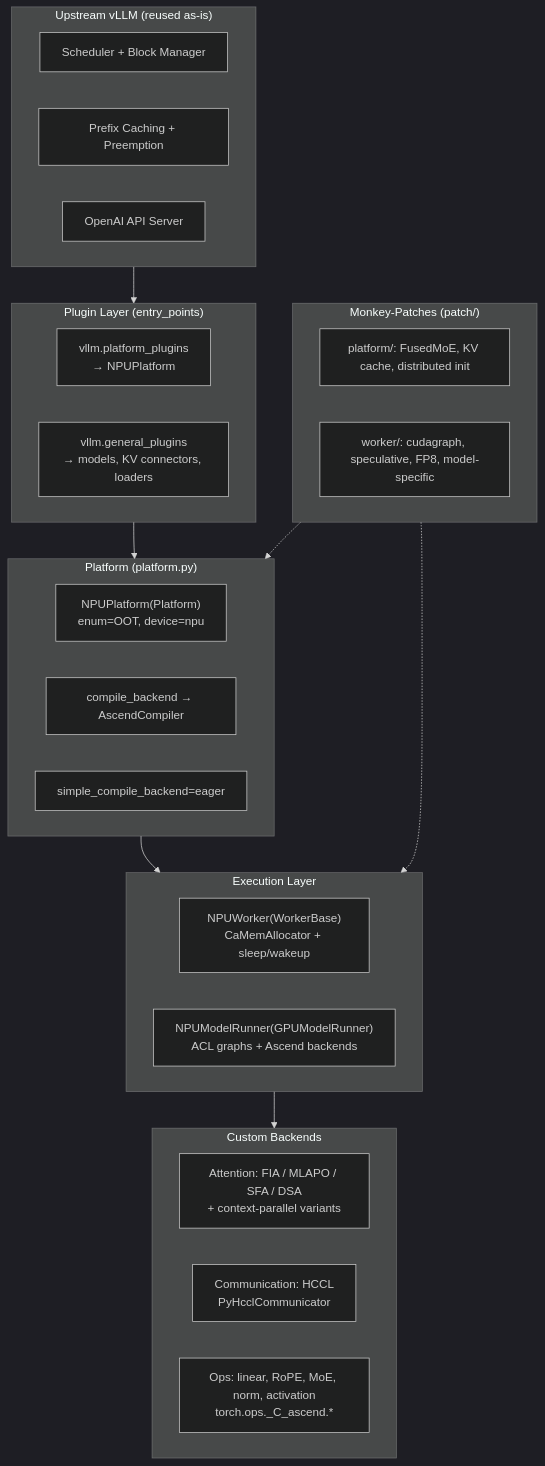
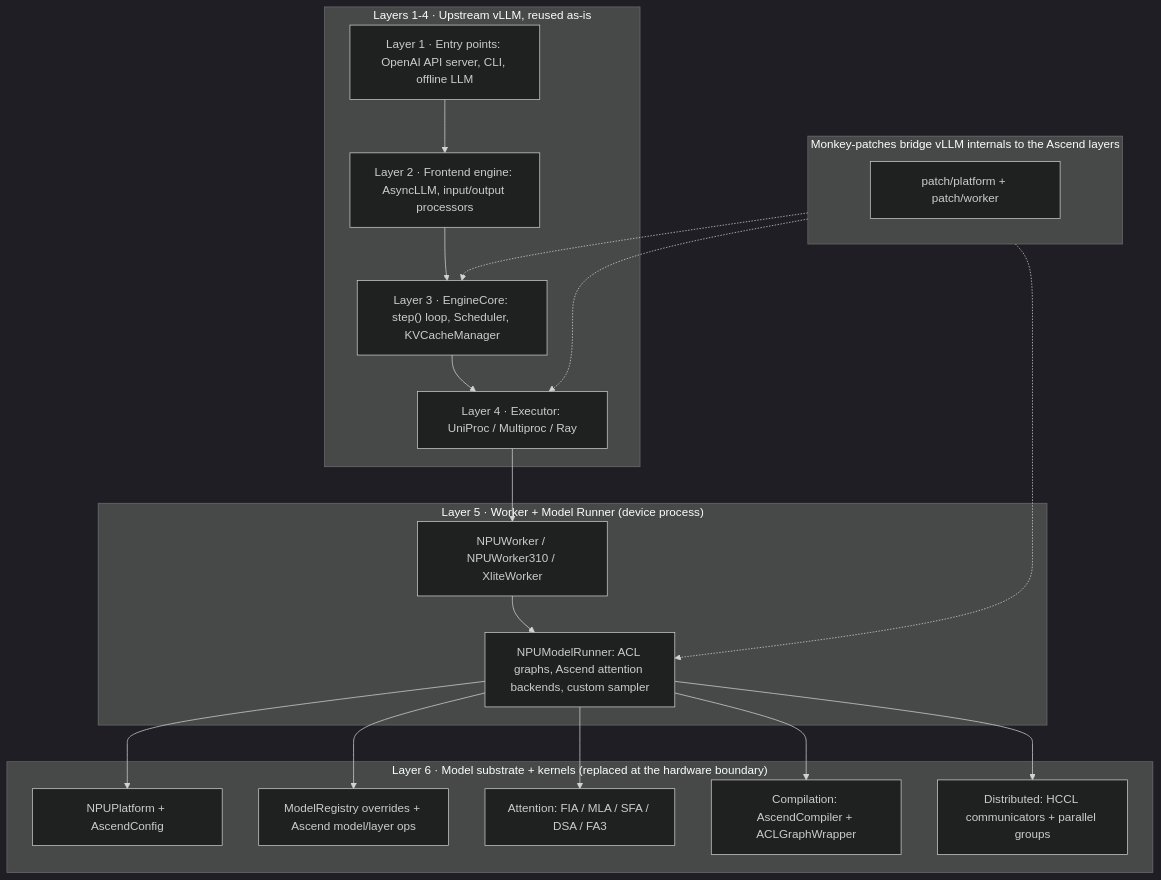
Before and after one commit to zhongzhouTan-coder/zhongzhouTan-coder.github.io: the diagram in docs/frameworks/vllm-ascend/assets/vllm-ascend-architecture.mmd, drawn with Mermaid (dark theme). The commit also changed 14 other files, not shown here.

Commit message:
[docs] add the vllm and vllm-ascend overview

```diff
--- a/docs/frameworks/vllm-ascend/assets/vllm-ascend-architecture.mmd
+++ b/docs/frameworks/vllm-ascend/assets/vllm-ascend-architecture.mmd
@@ -1,34 +1,34 @@
-flowchart TD
-    subgraph PLUGIN["Plugin Layer (entry_points)"]
-        A["vllm.platform_plugins<br/>→ NPUPlatform"]
-        B["vllm.general_plugins<br/>→ models, KV connectors, loaders"]
+flowchart TB
+    subgraph REUSE["Layers 1-4 · Upstream vLLM, reused as-is"]
+        A["Layer 1 · Entry points: OpenAI API server, CLI, offline LLM"]
+        B["Layer 2 · Frontend engine: AsyncLLM, input/output processors"]
+        C["Layer 3 · EngineCore: step() loop, Scheduler, KVCacheManager"]
+        D["Layer 4 · Executor: UniProc / Multiproc / Ray"]
     end
-    subgraph PLATFORM["Platform (platform.py)"]
-        C["NPUPlatform(Platform)<br/>enum=OOT, device=npu"]
-        D["compile_backend → AscendCompiler"]
-        E["simple_compile_backend=eager"]
+
+    subgraph REPLACE["Layer 5 · Worker + Model Runner (device process)"]
+        E["NPUWorker / NPUWorker310 / XliteWorker"]
+        F["NPUModelRunner: ACL graphs, Ascend attention backends, custom sampler"]
     end
-    subgraph EXEC["Execution Layer"]
-        F["NPUWorker(WorkerBase)<br/>CaMemAllocator + sleep/wakeup"]
-        G["NPUModelRunner(GPUModelRunner)<br/>ACL graphs + Ascend backends"]
+
+    subgraph SUBSTRATE["Layer 6 · Model substrate + kernels (replaced at the hardware boundary)"]
+        G["NPUPlatform + AscendConfig"]
+        H["ModelRegistry overrides + Ascend model/layer ops"]
+        I["Attention: FIA / MLA / SFA / DSA / FA3"]
+        J["Compilation: AscendCompiler + ACLGraphWrapper"]
+        K["Distributed: HCCL communicators + parallel groups"]
     end
-    subgraph BACKEND["Custom Backends"]
-        H["Attention: FIA / MLAPO / SFA / DSA<br/>+ context-parallel variants"]
-        I["Communication: HCCL<br/>PyHcclCommunicator"]
-        J["Ops: linear, RoPE, MoE, norm, activation<br/>torch.ops._C_ascend.*"]
+
+    subgraph PATCH["Monkey-patches bridge vLLM internals to the Ascend layers"]
+        L["patch/platform + patch/worker"]
     end
-    subgraph PATCH["Monkey-Patches (patch/)"]
-        K["platform/: FusedMoE, KV cache, distributed init"]
-        L["worker/: cudagraph, speculative, FP8, model-specific"]
-    end
-    subgraph UPSTREAM["Upstream vLLM (reused as-is)"]
-        M["Scheduler + Block Manager"]
-        N["Prefix Caching + Preemption"]
-        O["OpenAI API Server"]
-    end
-    UPSTREAM --> PLUGIN
-    PLUGIN --> PLATFORM
-    PLATFORM --> EXEC
-    EXEC --> BACKEND
-    PATCH -.-> EXEC
-    PATCH -.-> PLATFORM
+
+    A --> B --> C --> D --> E --> F
+    F --> G
+    F --> H
+    F --> I
+    F --> J
+    F --> K
+    PATCH -.-> C
+    PATCH -.-> D
+    PATCH -.-> F
```
